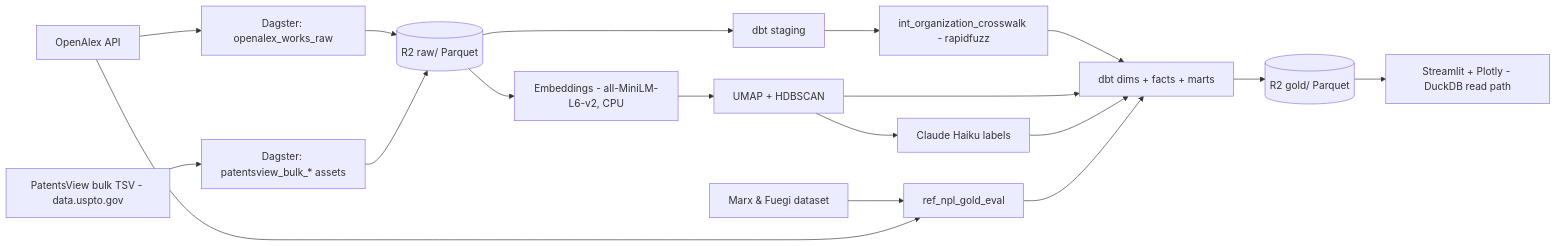
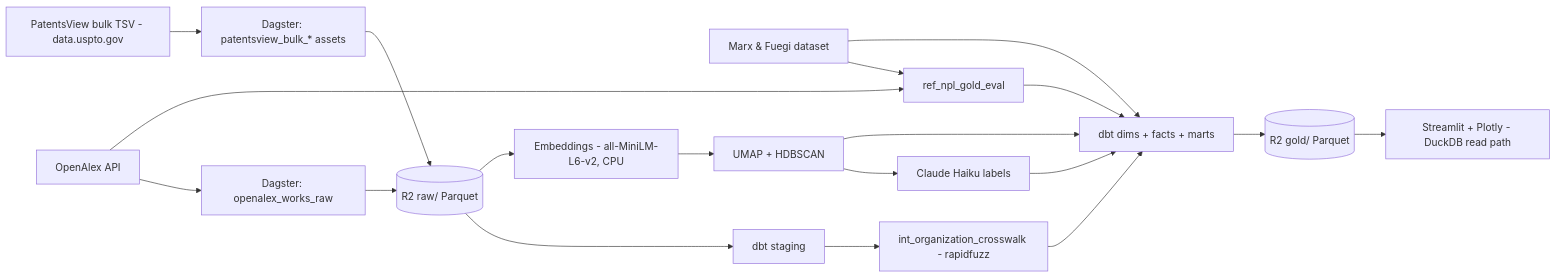
The diagram in ARCHITECTURE.md (RM3006/paper-to-patent), drawn with Mermaid before and after one commit. The commit also changed other lines of this file and 43 other files, not shown here.

````diff
--- a/ARCHITECTURE.md
+++ b/ARCHITECTURE.md
@@ -18,20 +18,21 @@
 ```mermaid
 flowchart LR
   OA[OpenAlex API] --> OAi[Dagster: openalex_works_raw]
   PV[PatentsView bulk TSV - data.uspto.gov] --> PVi[Dagster: patentsview_bulk_* assets]
   MF[Marx & Fuegi dataset] --> EVAL[ref_npl_gold_eval]
+  MF --> MART
   OA --> EVAL
   OAi --> RAW[(R2 raw/ Parquet)]
   PVi --> RAW
   RAW --> STG[dbt staging]
   STG --> ER[int_organization_crosswalk - rapidfuzz]
   ER --> MART[dbt dims + facts + marts]
   RAW --> EMB[Embeddings - all-MiniLM-L6-v2, CPU]
   EMB --> CLU[UMAP + HDBSCAN]
   CLU --> LAB[Claude Haiku labels]
   CLU --> MART
   LAB --> MART
   EVAL --> MART
   MART --> GOLD[(R2 gold/ Parquet)]
   GOLD --> APP[Streamlit + Plotly - DuckDB read path]
 ```
````
